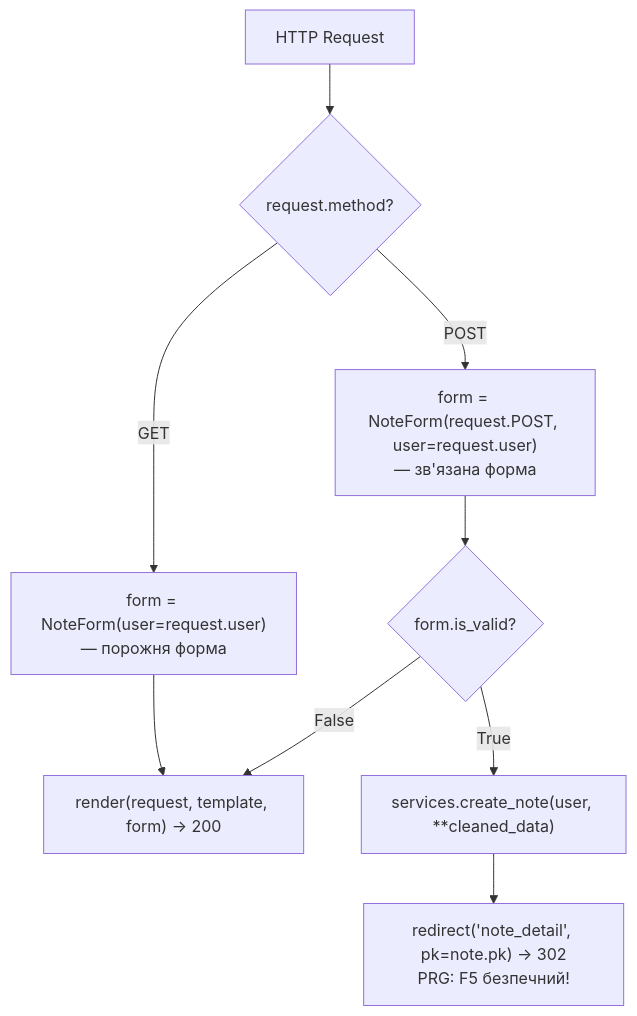
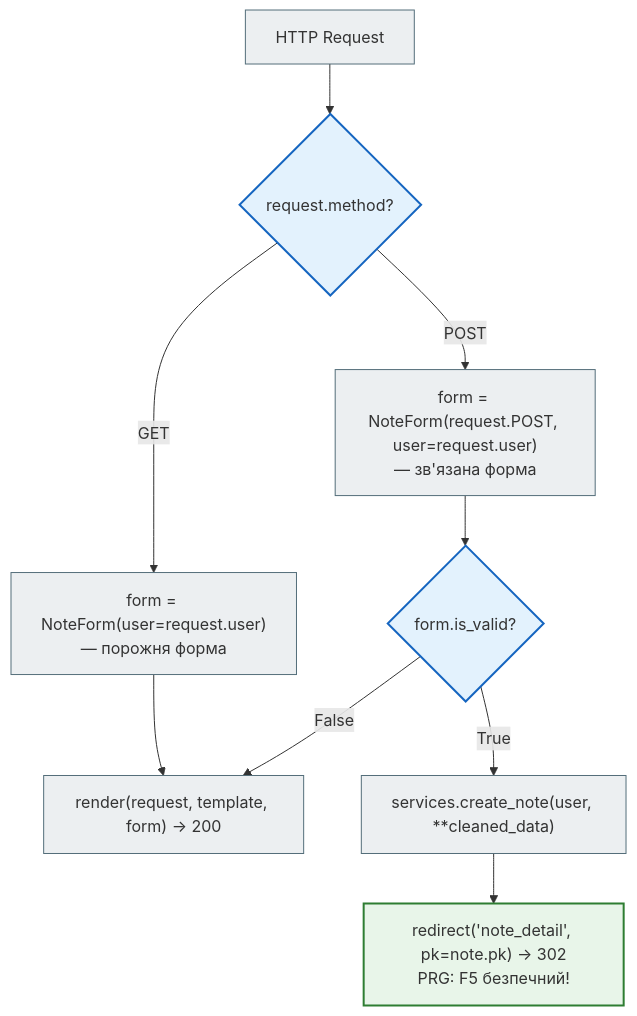
Before and after one commit to NikoriakViktot/notes_chat_app: the fourth of 10 diagrams in docs/02_django_core/views_full.md, drawn with Mermaid. The commit also changed other lines of this file and 441 other files, not shown here.

First line of the commit message:
Add English version of the book, Mermaid standard, docs fixes

````diff
--- a/docs/02_django_core/views_full.md
+++ b/docs/02_django_core/views_full.md
@@ -192,11 +209,19 @@
 ```mermaid
 flowchart TD
     A[HTTP Request] --> B{request.method?}
-    B -->|GET| C["form = NoteForm(user=request.user)\n— порожня форма"]
-    B -->|POST| D["form = NoteForm(request.POST, user=request.user)\n— зв'язана форма"]
+    B -->|GET| C["form = NoteForm(user=request.user)<br>— порожня форма"]
+    B -->|POST| D["form = NoteForm(request.POST, user=request.user)<br>— зв'язана форма"]
     C --> Z["render(request, template, form) → 200"]
     D --> E{form.is_valid?}
     E -->|True| F["services.create_note(user, **cleaned_data)"]
-    F --> G["redirect('note_detail', pk=note.pk) → 302\nPRG: F5 безпечний!"]
+    F --> G["redirect('note_detail', pk=note.pk) → 302<br>PRG: F5 безпечний!"]
     E -->|False| Z
+
+    classDef step     fill:#eceff1,stroke:#546e7a,stroke-width:1px;
+    classDef decision fill:#e3f2fd,stroke:#1565c0,stroke-width:2px;
+    classDef success  fill:#e8f5e9,stroke:#2e7d32,stroke-width:2px;
+
+    class A,C,D,F,Z step;
+    class B,E decision;
+    class G success;
 ```
````
